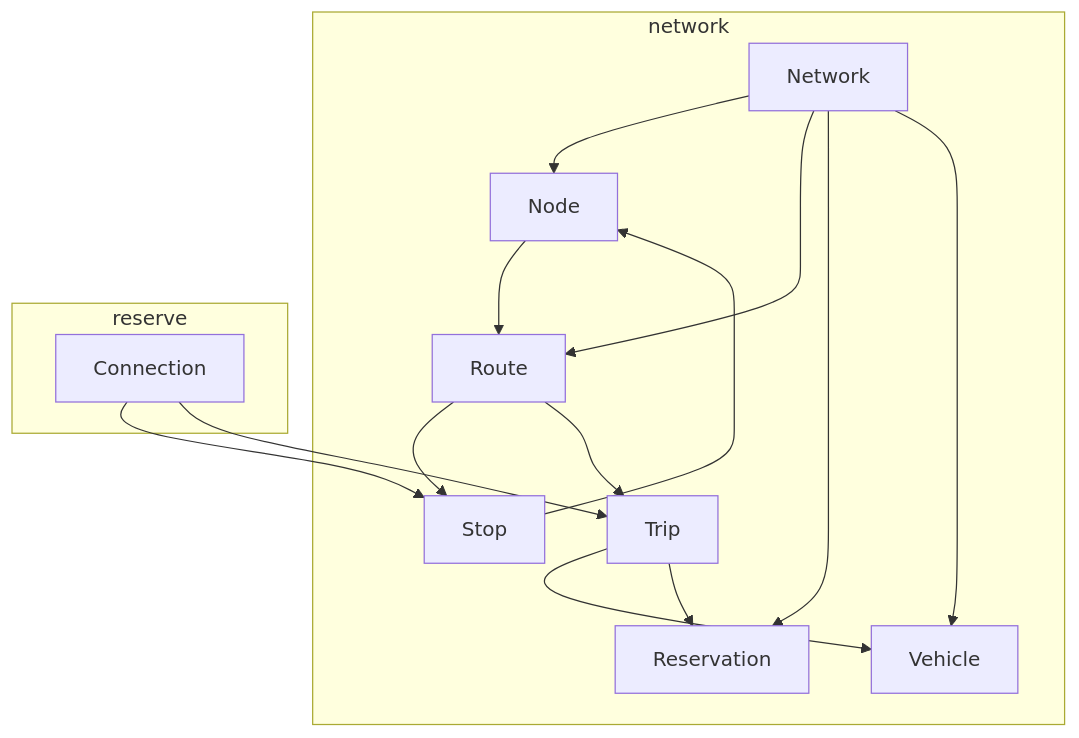
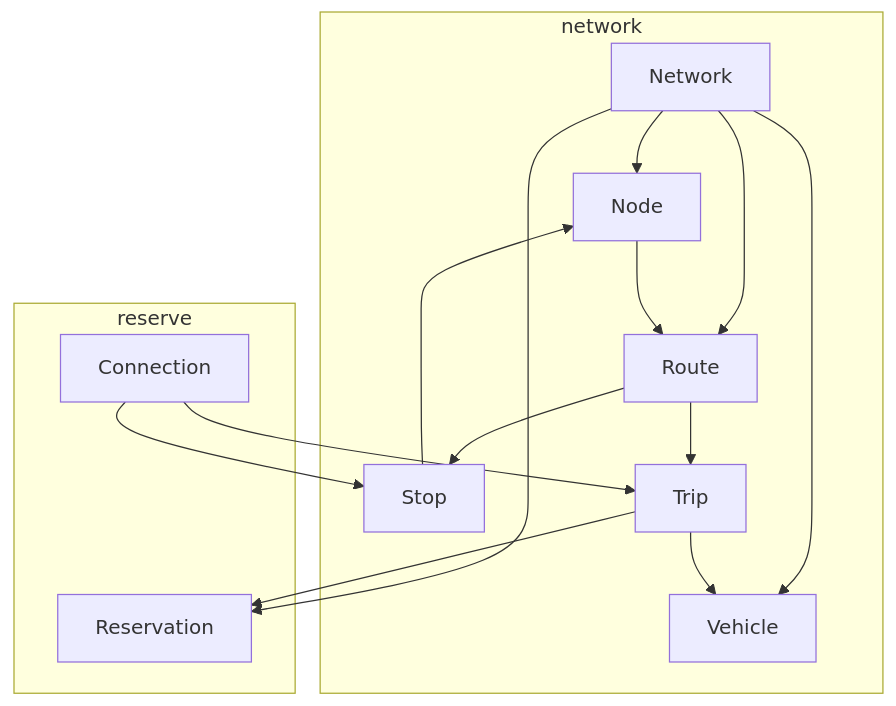
One commit to maptic/osurs changed the second of 2 diagrams in README.md. Above: the diagram before and after it, drawn with Mermaid. The commit also changed other lines of this file, not shown here.

Commit message:
Move reservation.

````diff
--- a/README.md
+++ b/README.md
@@ -34,19 +34,19 @@
 ```mermaid
 graph TD;
   subgraph network;
     Network-->Node;
     Network-->Route;
-    Network-->Reservation;
     Network-->Vehicle;
     Route-->Stop;
     Route-->Trip;
     Node-->Route;
     Stop-->Node;
     Trip-->Vehicle;
   end;
   subgraph reserve;
+    Network-->Reservation;
     Trip-->Reservation;
     Connection-->Stop;
     Connection-->Trip;
   end
 ```
````
